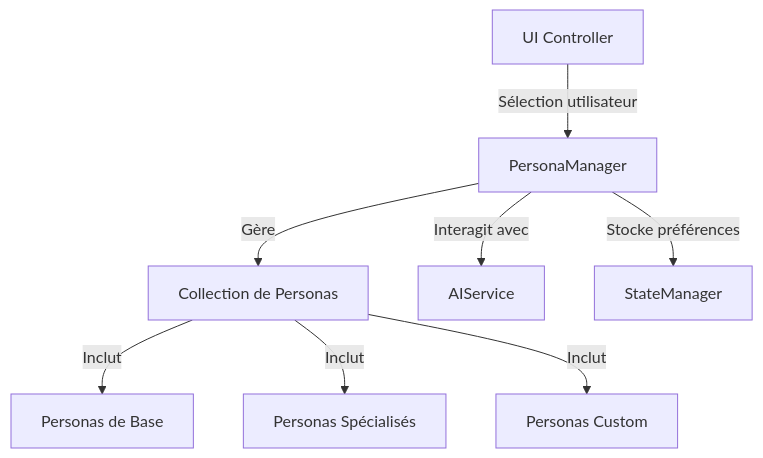
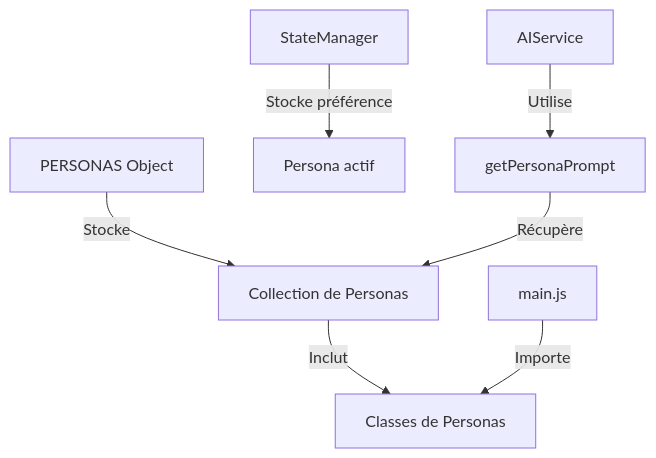
One commit to habib256/jodotarot changed the diagram in docs/composants/personas.md. Above: the diagram before and after it, drawn with Mermaid. The commit also changed other lines of this file and 42 other files, not shown here.

````diff
--- a/docs/composants/personas.md
+++ b/docs/composants/personas.md
@@ -9,10 +9,9 @@
 ```mermaid
 graph TD
-    A[PersonaManager] -->|Gère| B[Collection de Personas]
-    B -->|Inclut| C[Personas de Base]
-    B -->|Inclut| D[Personas Spécialisés]
-    B -->|Inclut| E[Personas Custom]
-    A -->|Interagit avec| F[AIService]
-    A -->|Stocke préférences| G[StateManager]
-    H[UI Controller] -->|Sélection utilisateur| A
+    A[PERSONAS Object] -->|Stocke| B[Collection de Personas]
+    B -->|Inclut| C[Classes de Personas]
+    E[main.js] -->|Importe| C
+    F[StateManager] -->|Stocke préférence| G[Persona actif]
+    H[AIService] -->|Utilise| I[getPersonaPrompt]
+    I -->|Récupère| B
 ```
````
